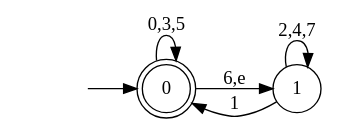
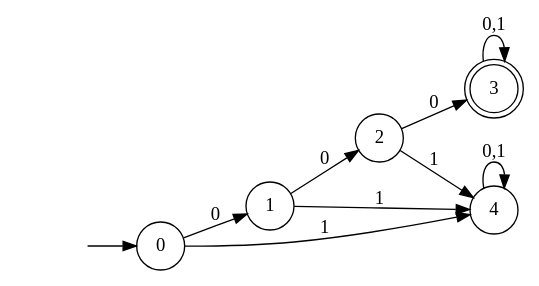
The diagram in NFA/NFA.gv (Umato/computer_practices), drawn with Graphviz before and after one commit. The commit also changed 11 other files, not shown here.

```diff
--- a/NFA/NFA.gv
+++ b/NFA/NFA.gv
@@ -1,11 +1,15 @@
 digraph finite_state_machine{
 	rankdir=LR;
-	node [shape = doublecircle]; 0;
+	node [shape = doublecircle]; 3;
 	node [shape = circle];
 	init [shape=none, label=""];
 	init -> 0;
-	0 -> 0 [label = "0,3,5"];
-	0 -> 1 [label = "6,e"];
-	1 -> 0 [label = "1"];
-	1 -> 1 [label = "2,4,7"];
+	0 -> 1 [label = "0"];
+	0 -> 4 [label = "1"];
+	1 -> 2 [label = "0"];
+	1 -> 4 [label = "1"];
+	2 -> 3 [label = "0"];
+	2 -> 4 [label = "1"];
+	3 -> 3 [label = "0,1"];
+	4 -> 4 [label = "0,1"];
 }
```
